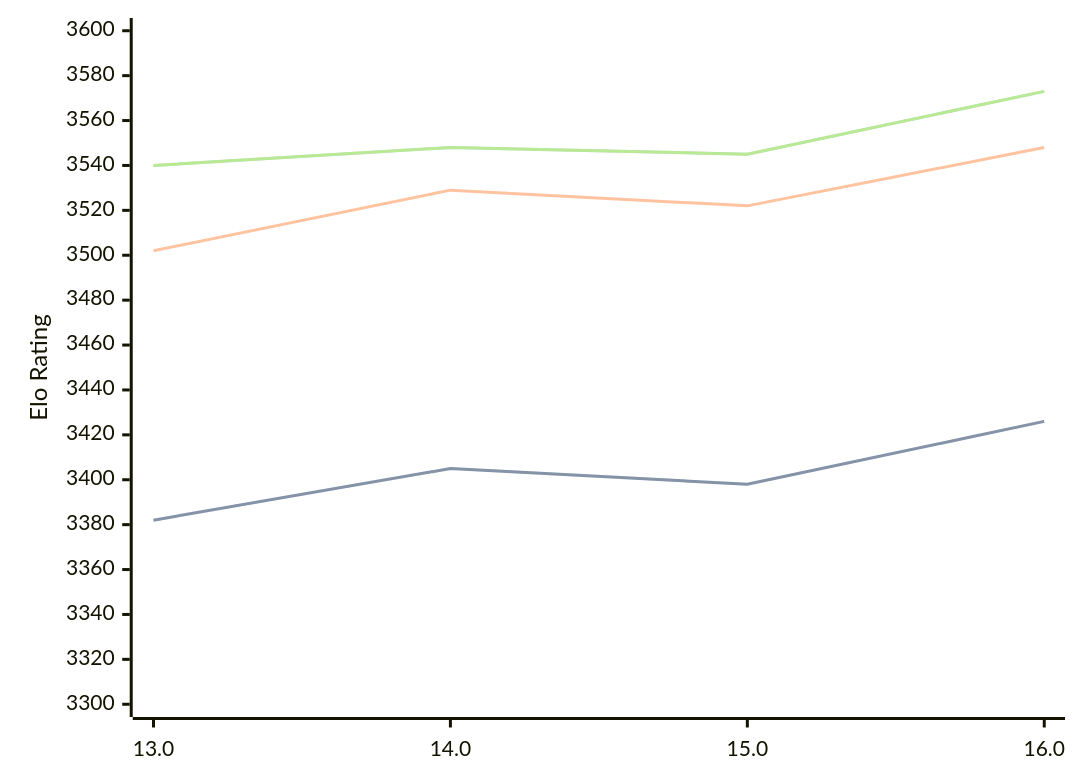
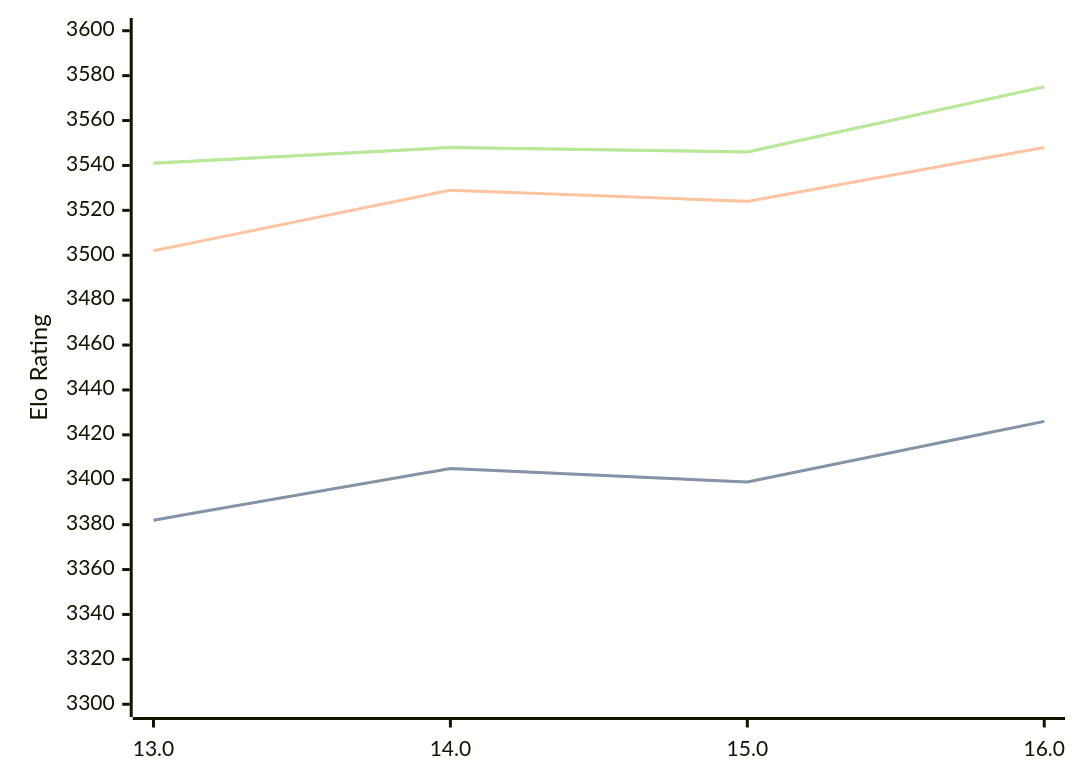
The third of 3 diagrams in engines/Obsidian.md (computer-chess-index/cci), drawn with Mermaid before and after one commit. The commit also changed other lines of this file, not shown here.

Commit message:
Update CCI Ratings (ELO VLTC) - 2026-07-13

````diff
--- a/engines/Obsidian.md
+++ b/engines/Obsidian.md
@@ -76,11 +76,11 @@
 ```mermaid
 %%{init: {"theme":"base","themeVariables":{"seriesColors:['#a3a3a3','#222221','#faa371']}}}%%
 xychart-beta
   x-axis ["13.0", "14.0", "15.0", "16.0"]
   y-axis "Elo Rating" 3300 --> 3600
-  line "STC (8.0+0.08s)" [3382, 3405, 3398, 3426]
-  line "STC (8.0+0.08s)" [3382, 3405, 3398, 3426]
-  line "LTC (60.0+0.60s)" [3502, 3529, 3522, 3548]
-  line "VLTC (2m24s+1.12s)" [3540, 3548, 3545, 3573]
-  line "VLTC (2m24s+1.12s)" [3540, 3548, 3545, 3573]
+  line "STC (8.0+0.08s)" [3382, 3405, 3399, 3426]
+  line "STC (8.0+0.08s)" [3382, 3405, 3399, 3426]
+  line "LTC (60.0+0.60s)" [3502, 3529, 3524, 3548]
+  line "VLTC (2m24s+1.12s)" [3541, 3548, 3546, 3575]
+  line "VLTC (2m24s+1.12s)" [3541, 3548, 3546, 3575]
 ```
````
